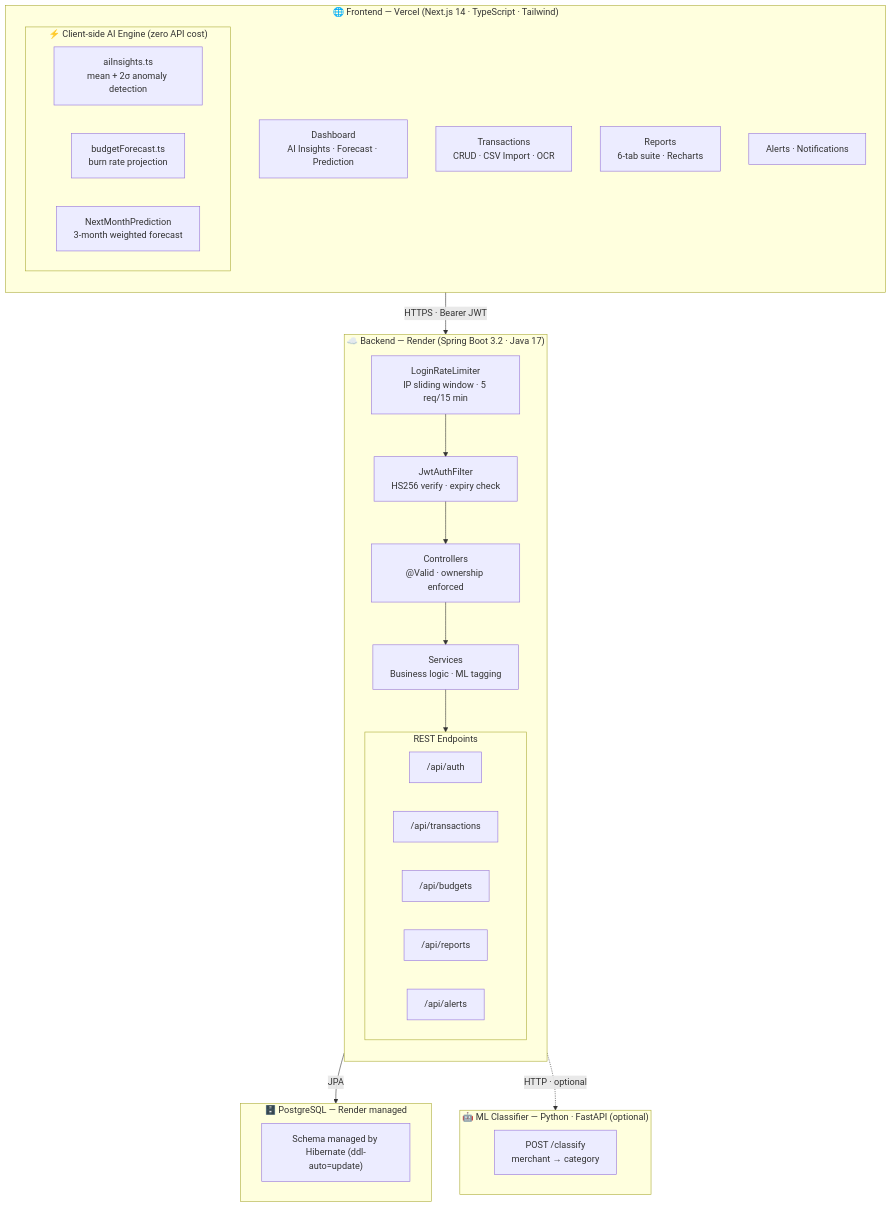
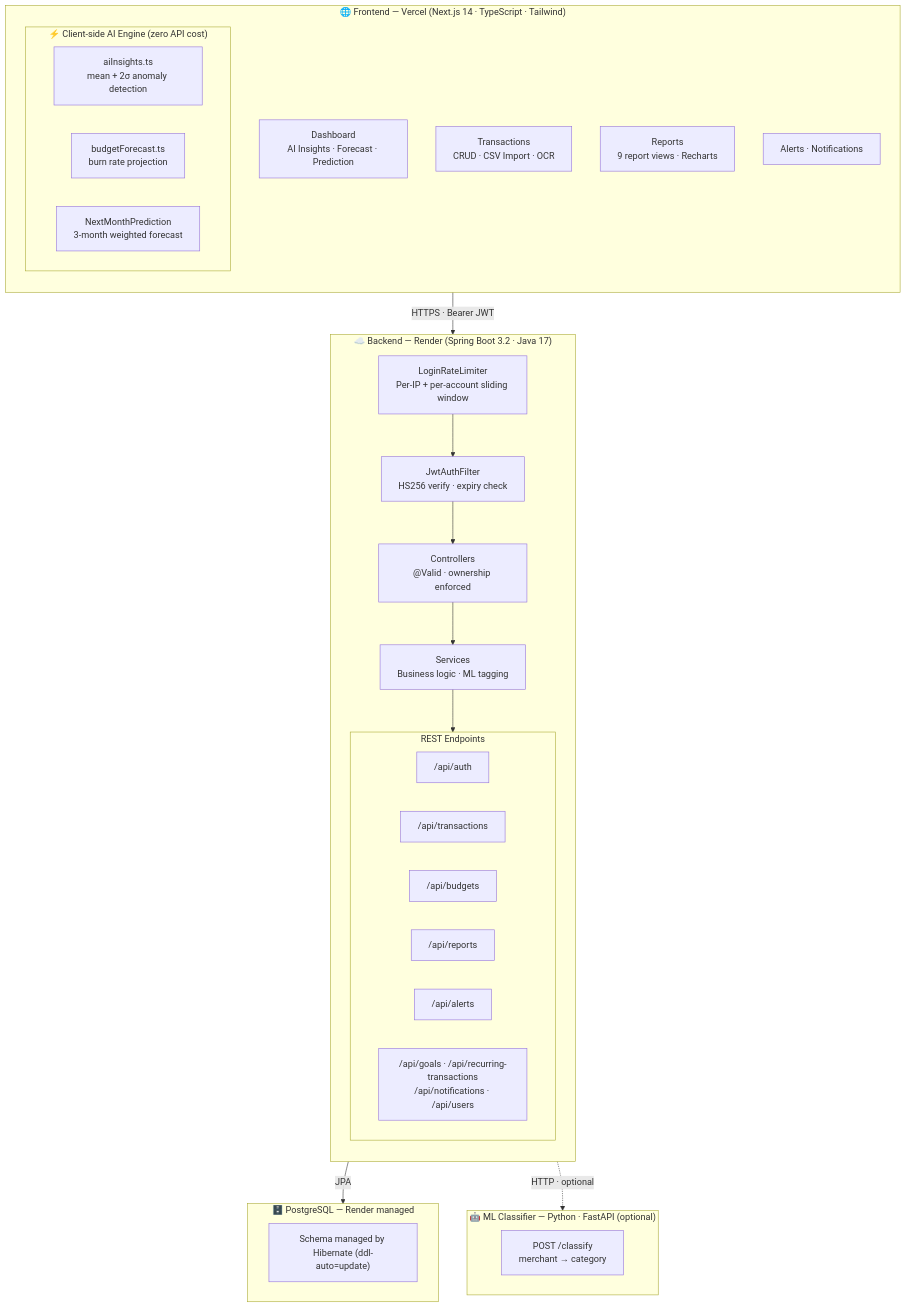
The diagram in README.md (GanasalaChandana/FinTrack-AI-Powered-Personal-Finance-Platform), drawn with Mermaid before and after one commit. The commit also changed other lines of this file, not shown here.

First line of the commit message:
docs(readme): sync with Oct 14 security, auth and report changes

````diff
--- a/README.md
+++ b/README.md
@@ -83,45 +86,46 @@
 ```mermaid
 flowchart TD
     subgraph FE["🌐 Frontend — Vercel (Next.js 14 · TypeScript · Tailwind)"]
         direction TB
         dash["Dashboard\nAI Insights · Forecast · Prediction"]
         txn["Transactions\nCRUD · CSV Import · OCR"]
-        rep["Reports\n6-tab suite · Recharts"]
+        rep["Reports\n9 report views · Recharts"]
         ale["Alerts · Notifications"]
 
         subgraph AI["⚡ Client-side AI Engine (zero API cost)"]
             ai1["aiInsights.ts\nmean + 2σ anomaly detection"]
             ai2["budgetForecast.ts\nburn rate projection"]
             ai3["NextMonthPrediction\n3-month weighted forecast"]
         end
     end
 
     subgraph BE["☁️ Backend — Render (Spring Boot 3.2 · Java 17)"]
         direction TB
-        rl["LoginRateLimiter\nIP sliding window · 5 req/15 min"]
+        rl["LoginRateLimiter\nPer-IP + per-account sliding window"]
         jwt["JwtAuthFilter\nHS256 verify · expiry check"]
         ctrl["Controllers\n@Valid · ownership enforced"]
         svc["Services\nBusiness logic · ML tagging"]
 
         subgraph API["REST Endpoints"]
             a1["/api/auth"]
             a2["/api/transactions"]
             a3["/api/budgets"]
             a4["/api/reports"]
             a5["/api/alerts"]
+            a6["/api/goals · /api/recurring-transactions\n/api/notifications · /api/users"]
         end
     end
 
     subgraph DB["🗄️ PostgreSQL — Render managed"]
         migrations["Schema managed by Hibernate (ddl-auto=update)"]
     end
 
     subgraph ML["🤖 ML Classifier — Python · FastAPI (optional)"]
         classify["POST /classify\nmerchant → category"]
     end
 
     FE -- "HTTPS · Bearer JWT" --> BE
     rl --> jwt --> ctrl --> svc --> API
     svc -- "JPA" --> DB
     svc -. "HTTP · optional" .-> ML
 ```
````
